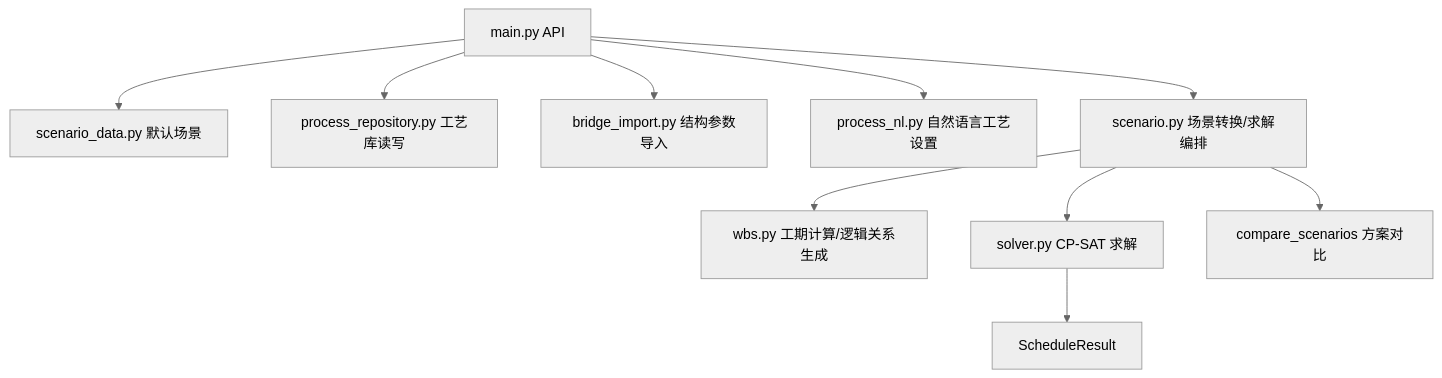
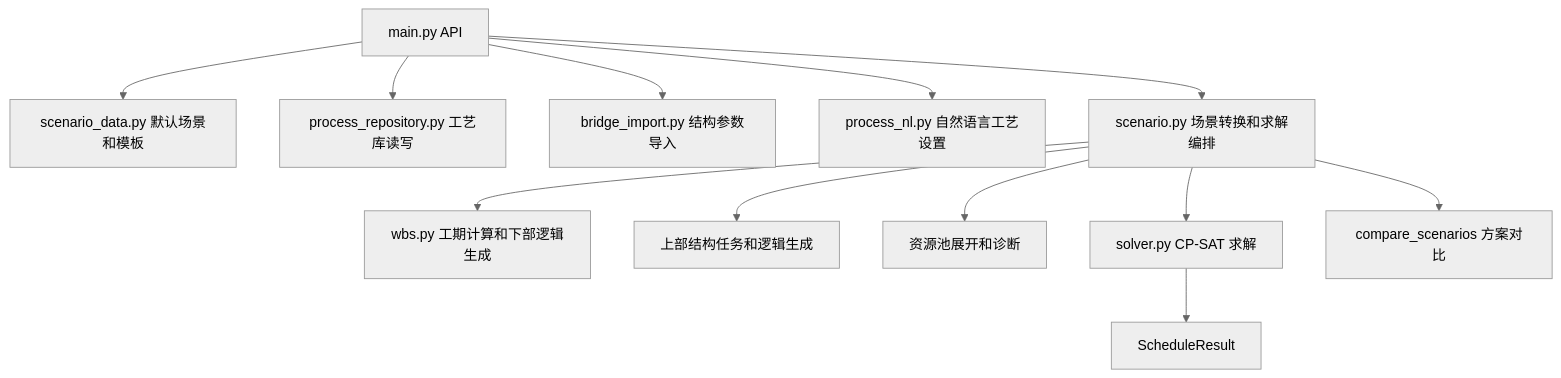
One commit to Lili-big/projectScheduling changed the ninth of 9 diagrams in docs/project-scheduling-system-overview.md. Above: the diagram before and after it, drawn with Mermaid (neutral theme). The commit also changed other lines of this file and 4 other files, not shown here.

````diff
--- a/docs/project-scheduling-system-overview.md
+++ b/docs/project-scheduling-system-overview.md
@@ -277,12 +331,14 @@
 ```mermaid
 flowchart TD
-  A["main.py API"] --> B["scenario_data.py 默认场景"]
+  A["main.py API"] --> B["scenario_data.py 默认场景和模板"]
   A --> C["process_repository.py 工艺库读写"]
   A --> D["bridge_import.py 结构参数导入"]
   A --> E["process_nl.py 自然语言工艺设置"]
-  A --> F["scenario.py 场景转换/求解编排"]
-  F --> G["wbs.py 工期计算/逻辑关系生成"]
-  F --> H["solver.py CP-SAT 求解"]
-  H --> I["ScheduleResult"]
-  F --> J["compare_scenarios 方案对比"]
+  A --> F["scenario.py 场景转换和求解编排"]
+  F --> G["wbs.py 工期计算和下部逻辑生成"]
+  F --> H["上部结构任务和逻辑生成"]
+  F --> I["资源池展开和诊断"]
+  F --> J["solver.py CP-SAT 求解"]
+  J --> K["ScheduleResult"]
+  F --> L["compare_scenarios 方案对比"]
 ```
````
